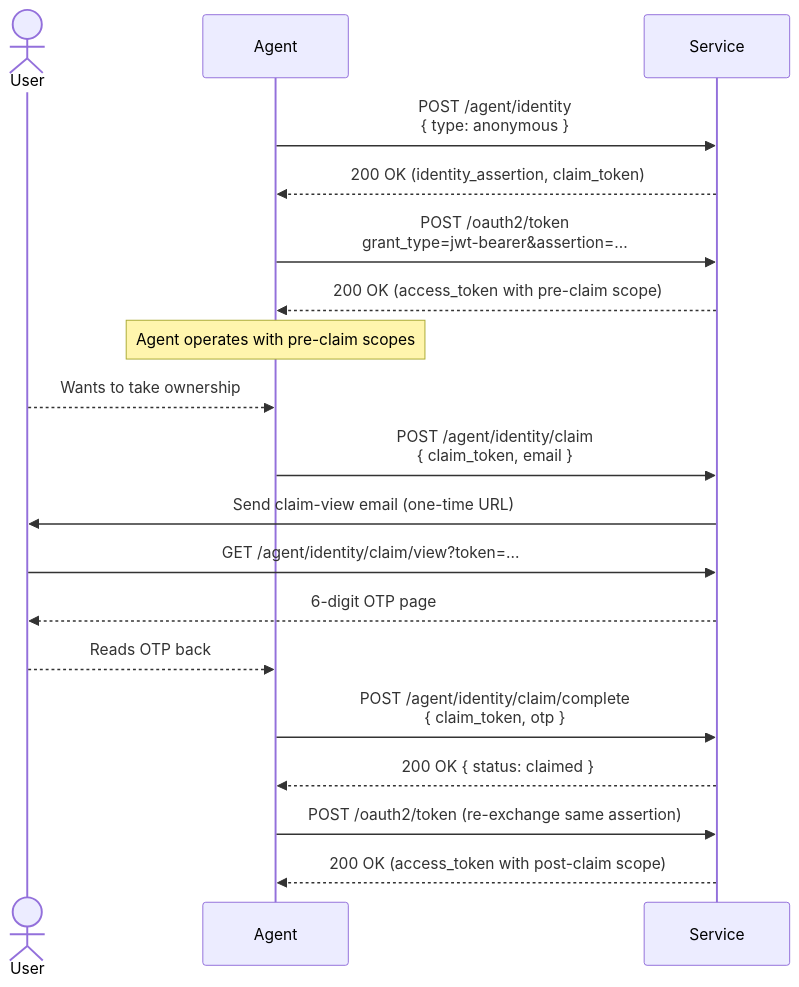
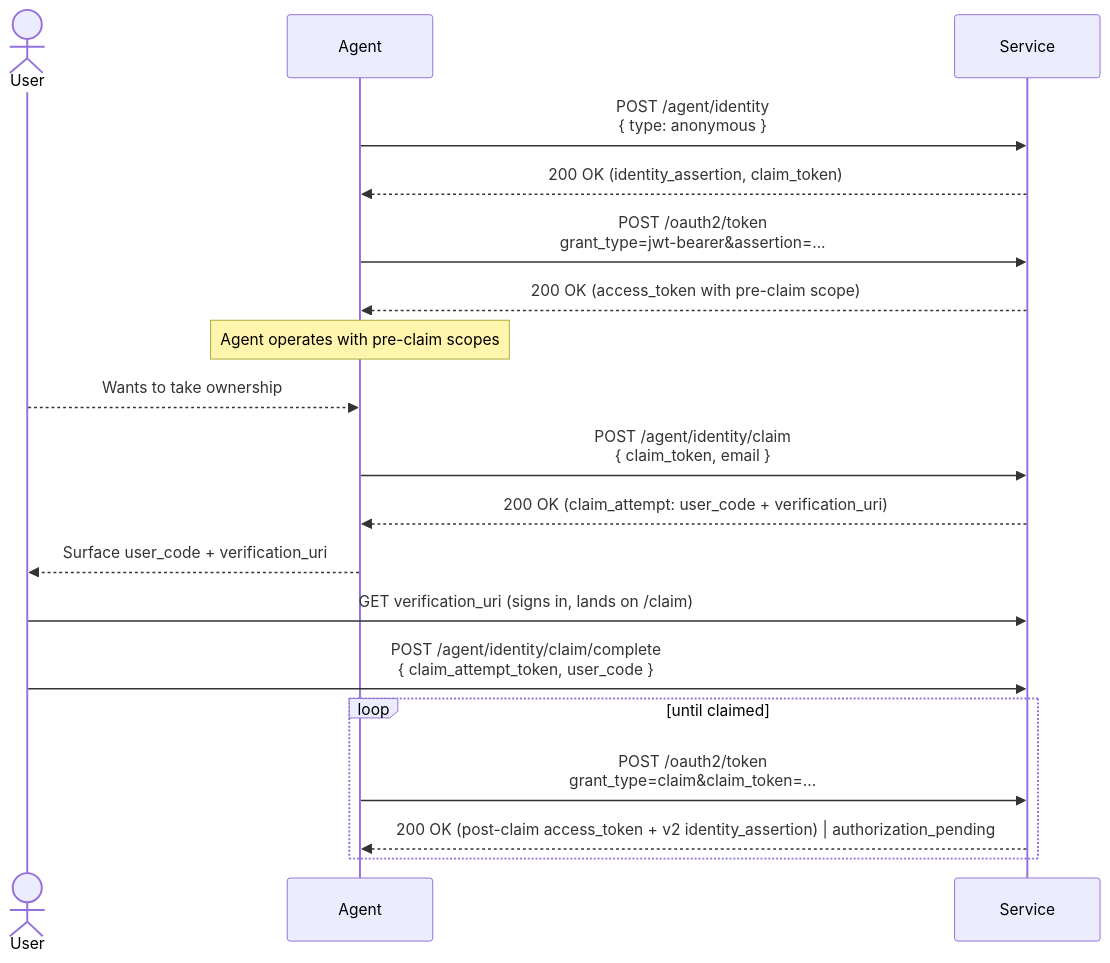
One commit to timothybrush/auth.md changed the third of 3 diagrams in README.md. Above: the diagram before and after it, drawn with Mermaid. The commit also changed other lines of this file and 17 other files, not shown here.

First line of the commit message:
Swap claim flow to RFC 8628-shaped user_code handoff + claim grant

````diff
--- a/README.md
+++ b/README.md
@@ -127,24 +130,25 @@
 ```mermaid
 sequenceDiagram
     actor User
     participant Agent
     participant Service
 
     Agent->>Service: POST /agent/identity<br/>{ type: anonymous }
     Service-->>Agent: 200 OK (identity_assertion, claim_token)
     Agent->>Service: POST /oauth2/token<br/>grant_type=jwt-bearer&assertion=...
     Service-->>Agent: 200 OK (access_token with pre-claim scope)
 
     Note over Agent: Agent operates with pre-claim scopes
 
     User-->>Agent: Wants to take ownership
     Agent->>Service: POST /agent/identity/claim<br/>{ claim_token, email }
-    Service->>User: Send claim-view email (one-time URL)
-    User->>Service: GET /agent/identity/claim/view?token=...
-    Service-->>User: 6-digit OTP page
-    User-->>Agent: Reads OTP back
-    Agent->>Service: POST /agent/identity/claim/complete<br/>{ claim_token, otp }
-    Service-->>Agent: 200 OK { status: claimed }
-    Agent->>Service: POST /oauth2/token (re-exchange same assertion)
-    Service-->>Agent: 200 OK (access_token with post-claim scope)
+    Service-->>Agent: 200 OK (claim_attempt: user_code + verification_uri)
+    Agent-->>User: Surface user_code + verification_uri
+    User->>Service: GET verification_uri (signs in, lands on /claim)
+    User->>Service: POST /agent/identity/claim/complete<br/>{ claim_attempt_token, user_code }
+
+    loop until claimed
+      Agent->>Service: POST /oauth2/token<br/>grant_type=claim&claim_token=...
+      Service-->>Agent: 200 OK (post-claim access_token + v2 identity_assertion) | authorization_pending
+    end
 ```
````
